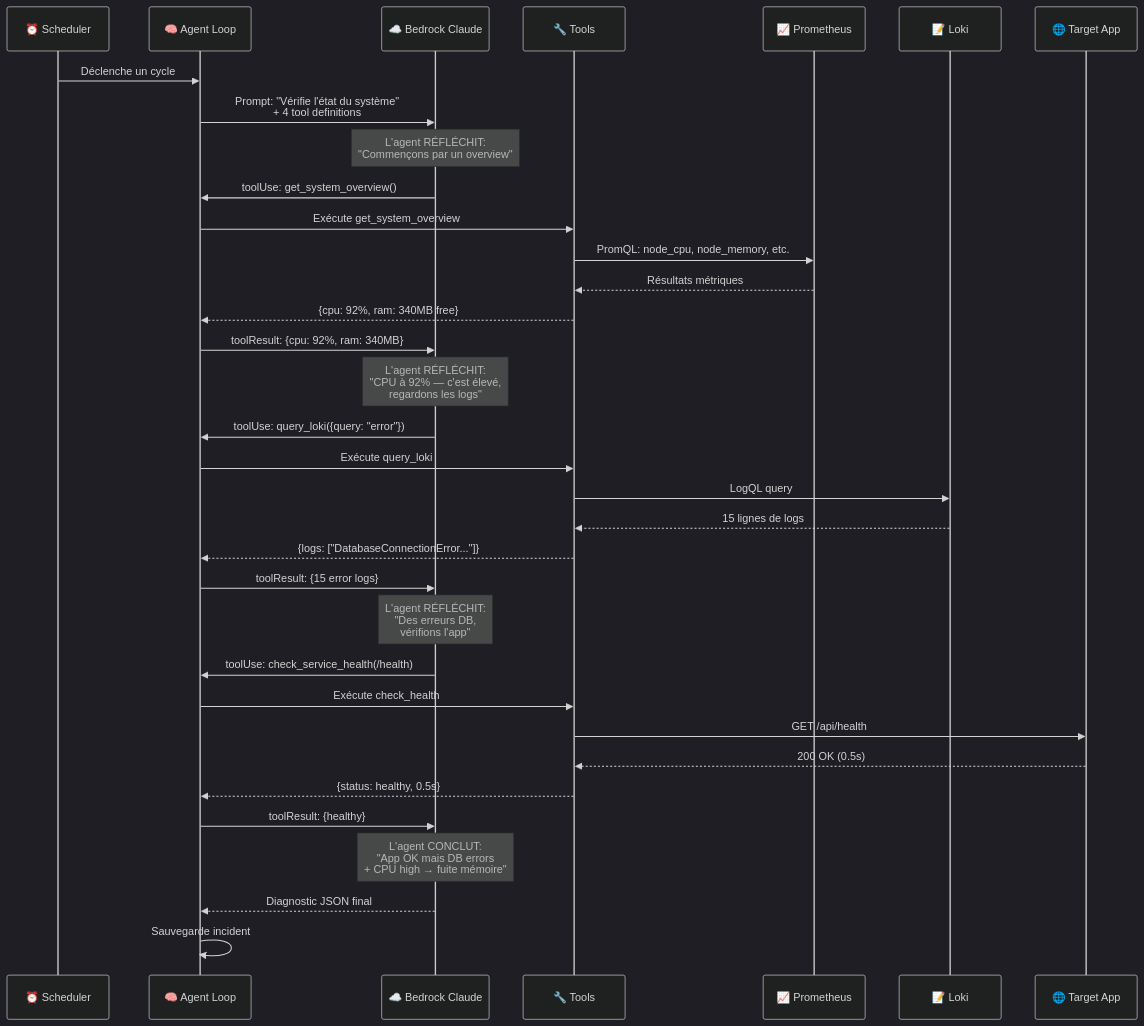
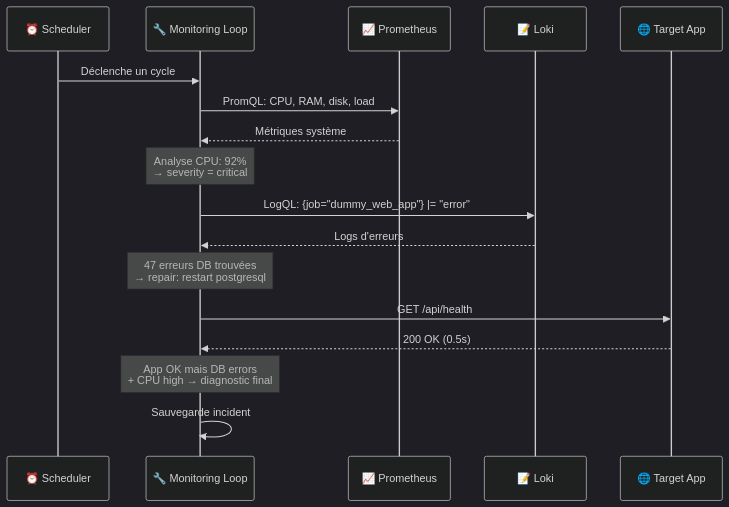
Before and after one commit to RIKIEL-K/monitoring-ia: the third of 3 diagrams in README.md, drawn with Mermaid (dark theme). The commit also changed other lines of this file and 25 other files, not shown here.

````diff
--- a/README.md
+++ b/README.md
@@ -102,41 +89,27 @@
 ```mermaid
 sequenceDiagram
     participant S as ⏰ Scheduler
-    participant L as 🧠 Agent Loop
-    participant B as ☁️ Bedrock Claude
-    participant T as 🔧 Tools
+    participant L as 🔧 Monitoring Loop
     participant P as 📈 Prometheus
     participant K as 📝 Loki
     participant A as 🌐 Target App
 
     S->>L: Déclenche un cycle
-    L->>B: Prompt: "Vérifie l'état du système"<br/>+ 4 tool definitions
     
-    Note over B: L'agent RÉFLÉCHIT:<br/>"Commençons par un overview"
-    B->>L: toolUse: get_system_overview()
-    L->>T: Exécute get_system_overview
-    T->>P: PromQL: node_cpu, node_memory, etc.
-    P-->>T: Résultats métriques
-    T-->>L: {cpu: 92%, ram: 340MB free}
-    L->>B: toolResult: {cpu: 92%, ram: 340MB}
+    L->>P: PromQL: CPU, RAM, disk, load
+    P-->>L: Métriques système
     
-    Note over B: L'agent RÉFLÉCHIT:<br/>"CPU à 92% — c'est élevé,<br/>regardons les logs"
-    B->>L: toolUse: query_loki({query: "error"})
-    L->>T: Exécute query_loki
-    T->>K: LogQL query
-    K-->>T: 15 lignes de logs
-    T-->>L: {logs: ["DatabaseConnectionError..."]}
-    L->>B: toolResult: {15 error logs}
+    Note over L: Analyse CPU: 92%<br/>→ severity = critical
+
+    L->>K: LogQL: {job="dummy_web_app"} |= "error"
+    K-->>L: Logs d'erreurs
     
-    Note over B: L'agent RÉFLÉCHIT:<br/>"Des erreurs DB,<br/>vérifions l'app"
-    B->>L: toolUse: check_service_health(/health)
-    L->>T: Exécute check_health
-    T->>A: GET /api/health
-    A-->>T: 200 OK (0.5s)
-    T-->>L: {status: healthy, 0.5s}
-    L->>B: toolResult: {healthy}
+    Note over L: 47 erreurs DB trouvées<br/>→ repair: restart postgresql
+
+    L->>A: GET /api/health
+    A-->>L: 200 OK (0.5s)
     
-    Note over B: L'agent CONCLUT:<br/>"App OK mais DB errors<br/>+ CPU high → fuite mémoire"
-    B-->>L: Diagnostic JSON final
+    Note over L: App OK mais DB errors<br/>+ CPU high → diagnostic final
+    
     L->>L: Sauvegarde incident
 ```
````
